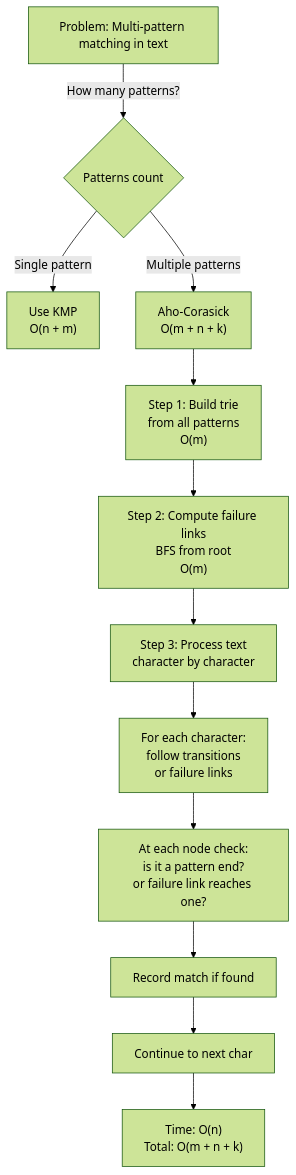
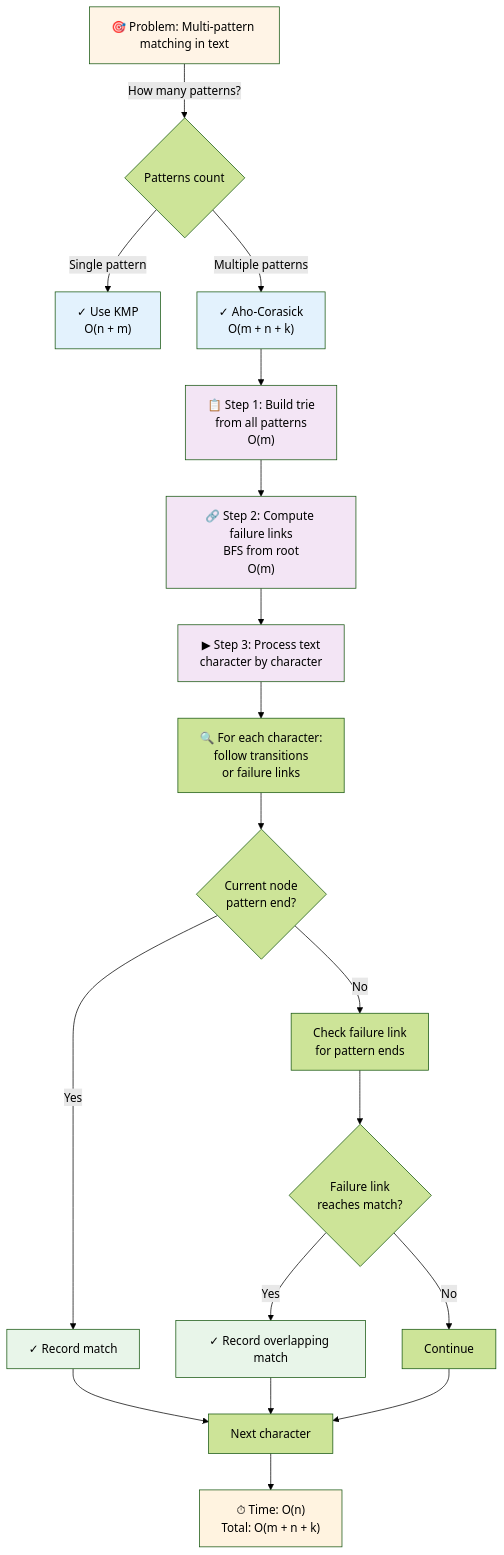
Before and after one commit to souradeepta/interviewprep: the first of 4 diagrams in docs/advanced_ds/ac_automaton.md, drawn with Mermaid (forest theme). The commit also changed other lines of this file and 35 other files, not shown here.

First line of the commit message:
Enhance all documentation with comprehensive Mermaid flowcharts and visualizations

````diff
--- a/docs/advanced_ds/ac_automaton.md
+++ b/docs/advanced_ds/ac_automaton.md
@@ -86,14 +86,30 @@
 ```mermaid
 flowchart TD
-    A["Problem: Multi-pattern matching in text"] -->|How many patterns?| B{Patterns count}
-    B -->|Single pattern| C["Use KMP<br/>O(n + m)"]
-    B -->|Multiple patterns| D["Aho-Corasick<br/>O(m + n + k)"]
-    D --> E["Step 1: Build trie<br/>from all patterns<br/>O(m)"]
-    E --> F["Step 2: Compute failure links<br/>BFS from root<br/>O(m)"]
-    F --> G["Step 3: Process text<br/>character by character"]
-    G --> H["For each character:<br/>follow transitions<br/>or failure links"]
-    H --> I["At each node check:<br/>is it a pattern end?<br/>or failure link reaches one?"]
-    I --> J["Record match if found"]
-    J --> K["Continue to next char"]
-    K --> L["Time: O(n)<br/>Total: O(m + n + k)"]
+    A["🎯 Problem: Multi-pattern matching in text"] -->|How many patterns?| B{Patterns count}
+    B -->|Single pattern| C["✓ Use KMP<br/>O(n + m)"]
+    B -->|Multiple patterns| D["✓ Aho-Corasick<br/>O(m + n + k)"]
+    D --> E["📋 Step 1: Build trie<br/>from all patterns<br/>O(m)"]
+    E --> F["🔗 Step 2: Compute failure links<br/>BFS from root<br/>O(m)"]
+    F --> G["▶ Step 3: Process text<br/>character by character"]
+    G --> H["🔍 For each character:<br/>follow transitions<br/>or failure links"]
+    H --> I{"Current node<br/>pattern end?"}
+    I -->|Yes| J["✓ Record match"]
+    I -->|No| K["Check failure link<br/>for pattern ends"]
+    K --> L{"Failure link<br/>reaches match?"}
+    L -->|Yes| M["✓ Record overlapping match"]
+    L -->|No| N["Continue"]
+    J --> O["Next character"]
+    M --> O
+    N --> O
+    O --> P["⏱ Time: O(n)<br/>Total: O(m + n + k)"]
+    
+    style A fill:#fff4e6
+    style C fill:#e3f2fd
+    style D fill:#e3f2fd
+    style E fill:#f3e5f5
+    style F fill:#f3e5f5
+    style G fill:#f3e5f5
+    style J fill:#e8f5e9
+    style M fill:#e8f5e9
+    style P fill:#fff3e0
 ```
````
